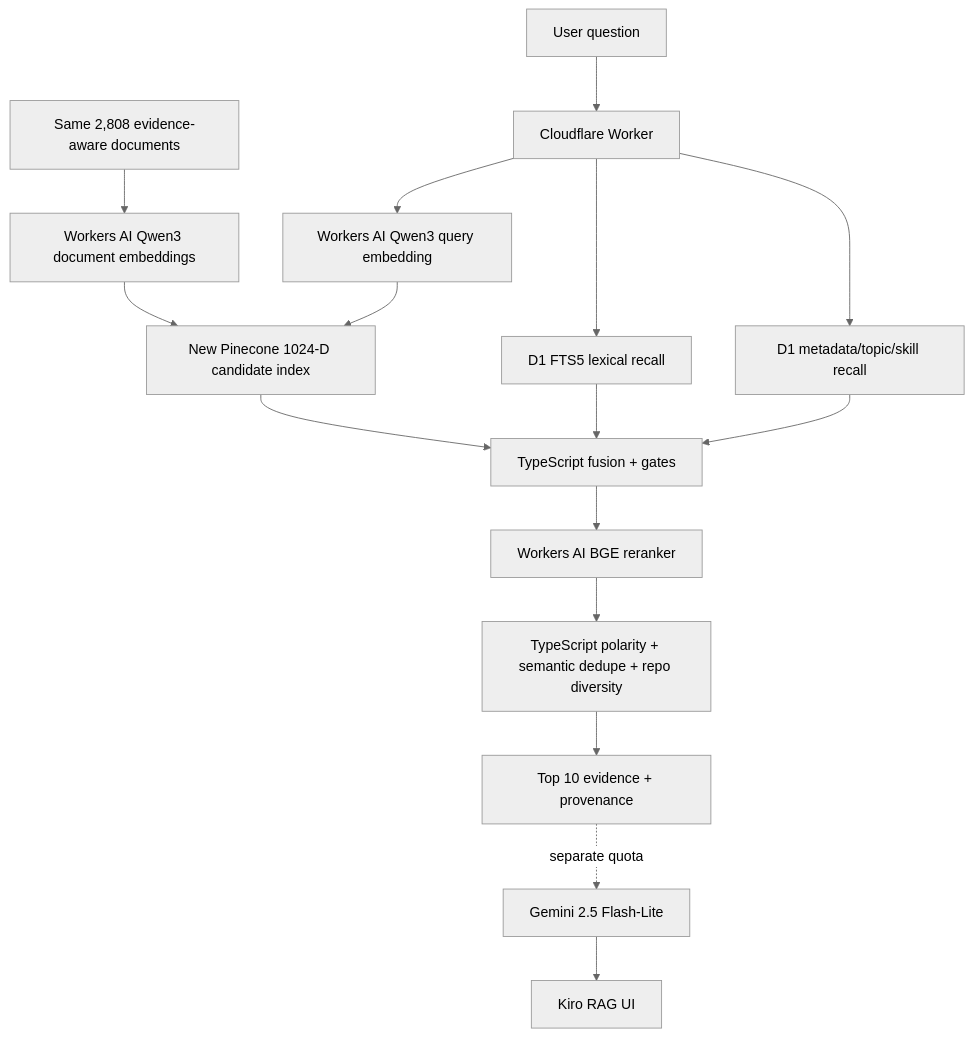
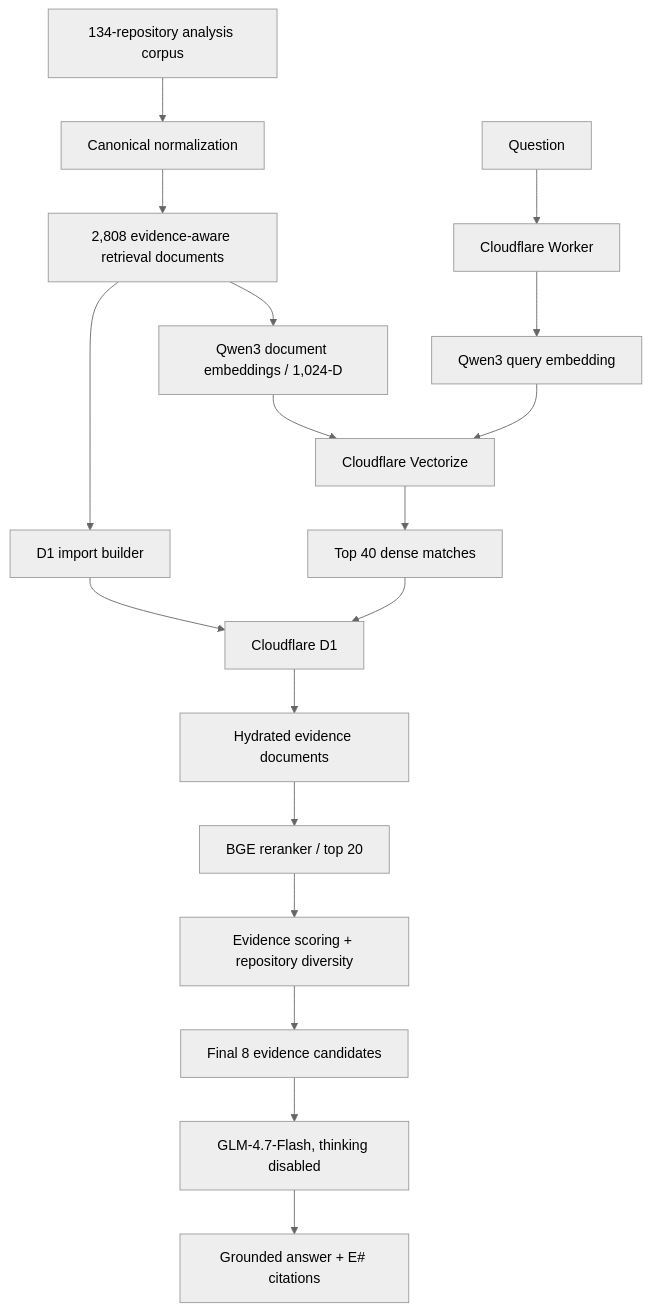
Before and after one commit to kirolossedra/my-portfolio: the diagram in docs/rag/pipeline.md, drawn with Mermaid (neutral theme). The commit also changed other lines of this file and 8 other files, not shown here.

Commit message:
docs(rag): document production Cloudflare RAG architecture

````diff
--- a/docs/rag/pipeline.md
+++ b/docs/rag/pipeline.md
@@ -97,18 +7,21 @@
 ```mermaid
 flowchart TD
-    C[Same 2,808 evidence-aware documents] --> QE[Workers AI Qwen3 document embeddings]
-    QE --> QP[New Pinecone 1024-D candidate index]
-    U[User question] --> W[Cloudflare Worker]
-    W --> QQ[Workers AI Qwen3 query embedding]
-    QQ --> QP
-    W --> FTS[D1 FTS5 lexical recall]
-    W --> META[D1 metadata/topic/skill recall]
-    QP --> F[TypeScript fusion + gates]
-    FTS --> F
-    META --> F
-    F --> RR[Workers AI BGE reranker]
-    RR --> DD[TypeScript polarity + semantic dedupe + repo diversity]
-    DD --> T[Top 10 evidence + provenance]
-    T -. separate quota .-> G[Gemini 2.5 Flash-Lite]
-    G --> UI[Kiro RAG UI]
+    A[134-repository analysis corpus] --> B[Canonical normalization]
+    B --> C[2,808 evidence-aware retrieval documents]
+    C --> D[Qwen3 document embeddings / 1,024-D]
+    D --> V[Cloudflare Vectorize]
+    C --> I[D1 import builder]
+    I --> DB[Cloudflare D1]
+
+    Q[Question] --> W[Cloudflare Worker]
+    W --> QE[Qwen3 query embedding]
+    QE --> V
+    V --> T40[Top 40 dense matches]
+    T40 --> DB
+    DB --> H[Hydrated evidence documents]
+    H --> R[BGE reranker / top 20]
+    R --> S[Evidence scoring + repository diversity]
+    S --> T8[Final 8 evidence candidates]
+    T8 --> G[GLM-4.7-Flash, thinking disabled]
+    G --> O[Grounded answer + E# citations]
 ```
````
